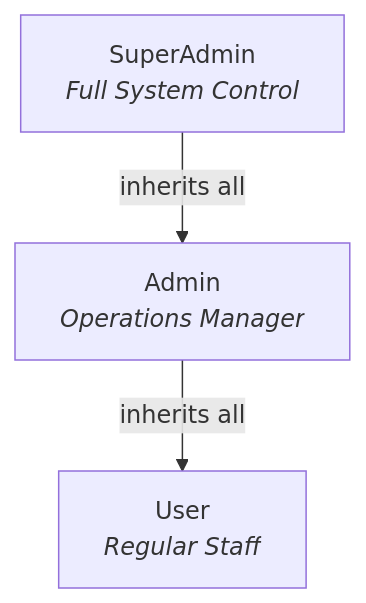
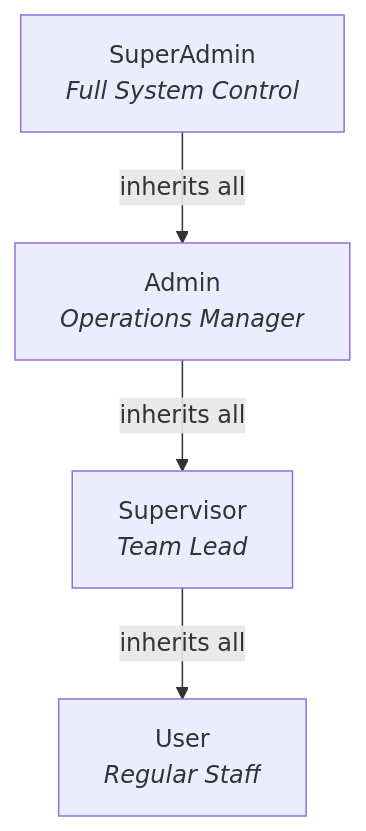
Before and after one commit to aminabibi19961996-gif/LostAndFoundApp: the first of 5 diagrams in README.md, drawn with Mermaid. The commit also changed other lines of this file and 24 other files, not shown here.

````diff
--- a/README.md
+++ b/README.md
@@ -137,10 +137,12 @@
 ```mermaid
 graph TD
  SA["SuperAdmin<br/><i>Full System Control</i>"]
  A["Admin<br/><i>Operations Manager</i>"]
+ S["Supervisor<br/><i>Team Lead</i>"]
  U["User<br/><i>Regular Staff</i>"]
 
  SA -->|"inherits all"| A
- A -->|"inherits all"| U
+ A -->|"inherits all"| S
+ S -->|"inherits all"| U
 
 ```
````
